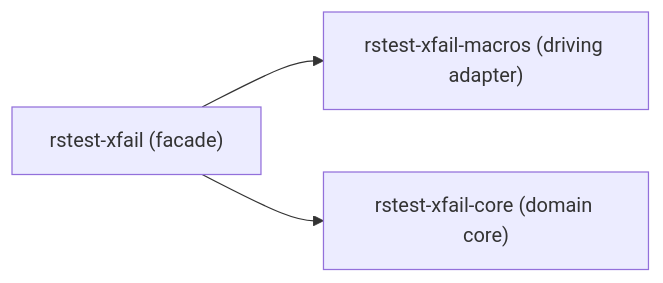
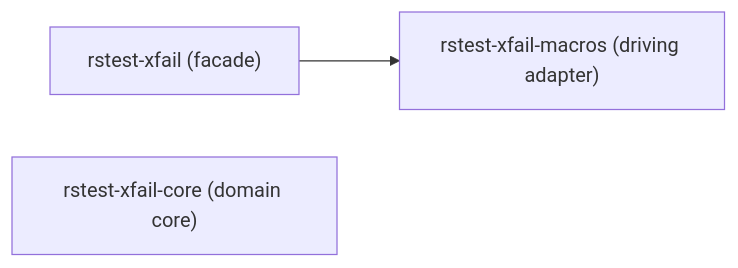
The diagram in docs/execplans/1-1-1-convert-crate-into-a-cargo-workspace.md (leynos/rstest-xfail), drawn with Mermaid before and after one commit. The commit also changed other lines of this file and 12 other files, not shown here.

````diff
--- a/docs/execplans/1-1-1-convert-crate-into-a-cargo-workspace.md
+++ b/docs/execplans/1-1-1-convert-crate-into-a-cargo-workspace.md
@@ -348,5 +351,5 @@
 ```mermaid
 flowchart LR
     facade["rstest-xfail (facade)"] --> macros["rstest-xfail-macros (driving adapter)"]
-    facade --> core["rstest-xfail-core (domain core)"]
+    core["rstest-xfail-core (domain core)"]
 ```
````
